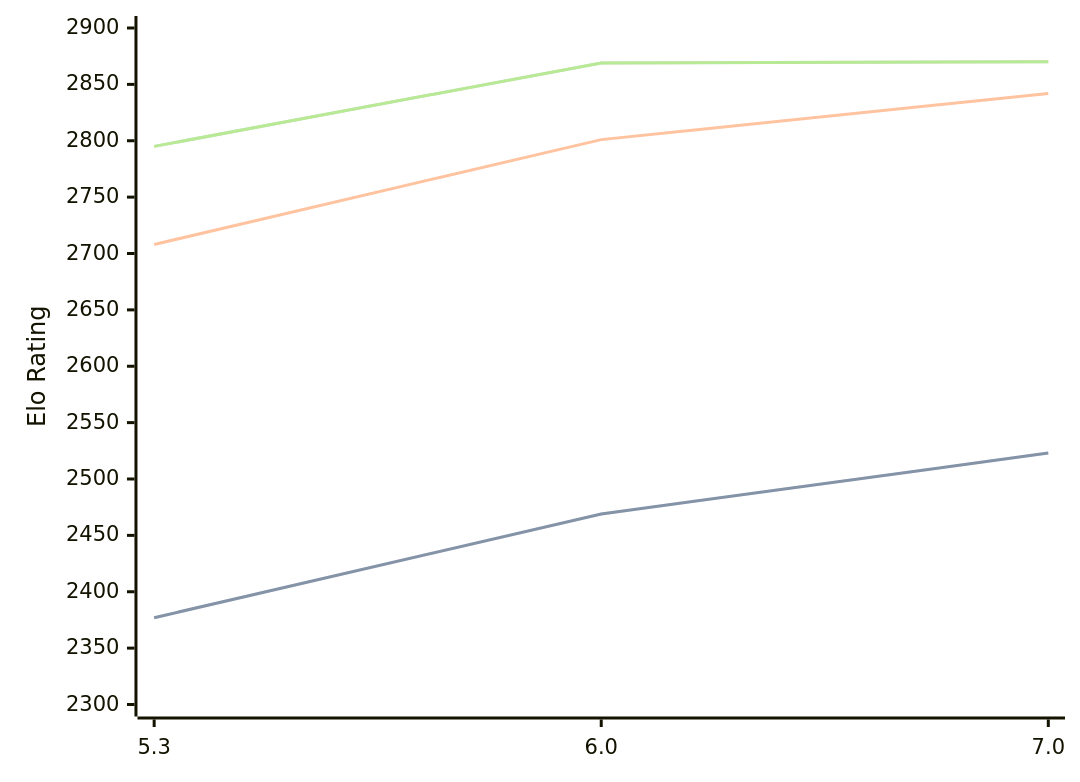
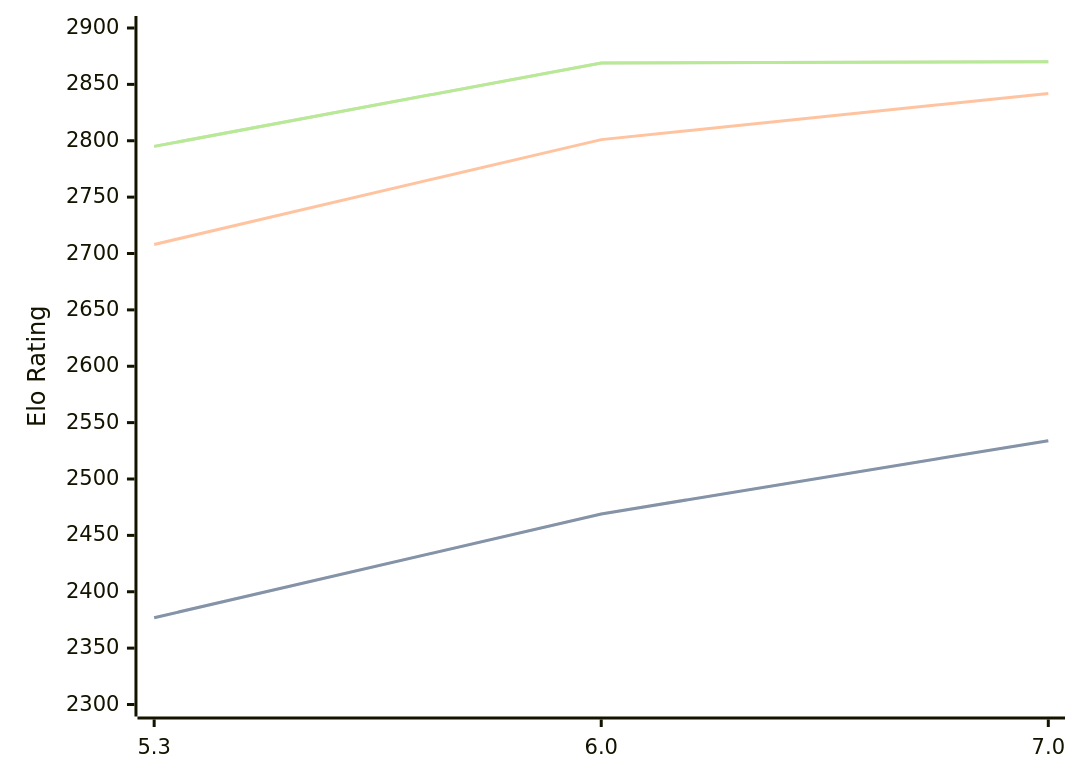
Before and after one commit to computer-chess-index/cci: the diagram in engines/tomitankChess.md, drawn with Mermaid. The commit also changed other lines of this file, not shown here.

````diff
--- a/engines/tomitankChess.md
+++ b/engines/tomitankChess.md
@@ -41,11 +41,11 @@
 ```mermaid
 %%{init: {"theme":"base","themeVariables":{"seriesColors:['#a3a3a3','#222221','#faa371']}}}%%
 xychart-beta
   x-axis ["5.3", "6.0", "7.0"]
   y-axis "Elo Rating" 2300 --> 2900
-  line "STC (8.0+0.08s)" [2377, 2469, 2523]
-  line "STC (8.0+0.08s)" [2377, 2469, 2523]
+  line "STC (8.0+0.08s)" [2377, 2469, 2534]
+  line "STC (8.0+0.08s)" [2377, 2469, 2534]
   line "LTC (60.0+0.60s)" [2708, 2801, 2842]
   line "VLTC (2m24s+1.12s)" [2795, 2869, 2870]
   line "VLTC (2m24s+1.12s)" [2795, 2869, 2870]
 ```
````
